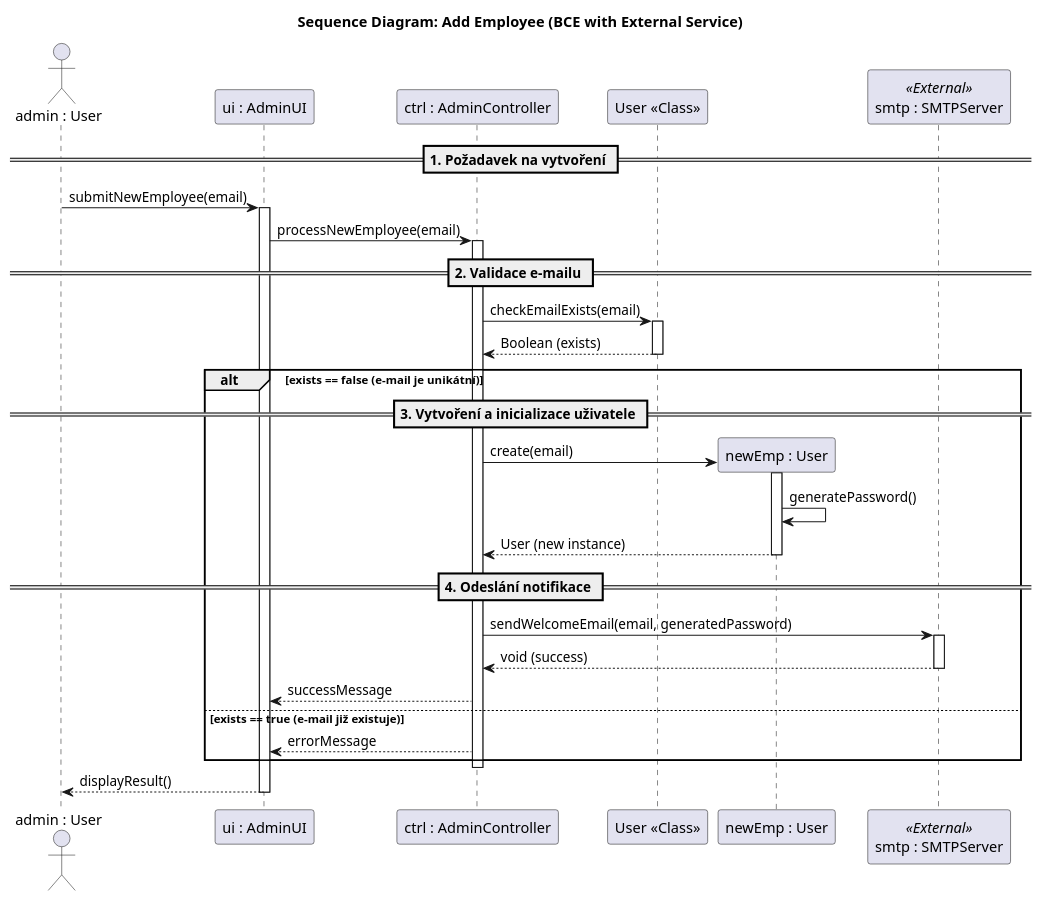
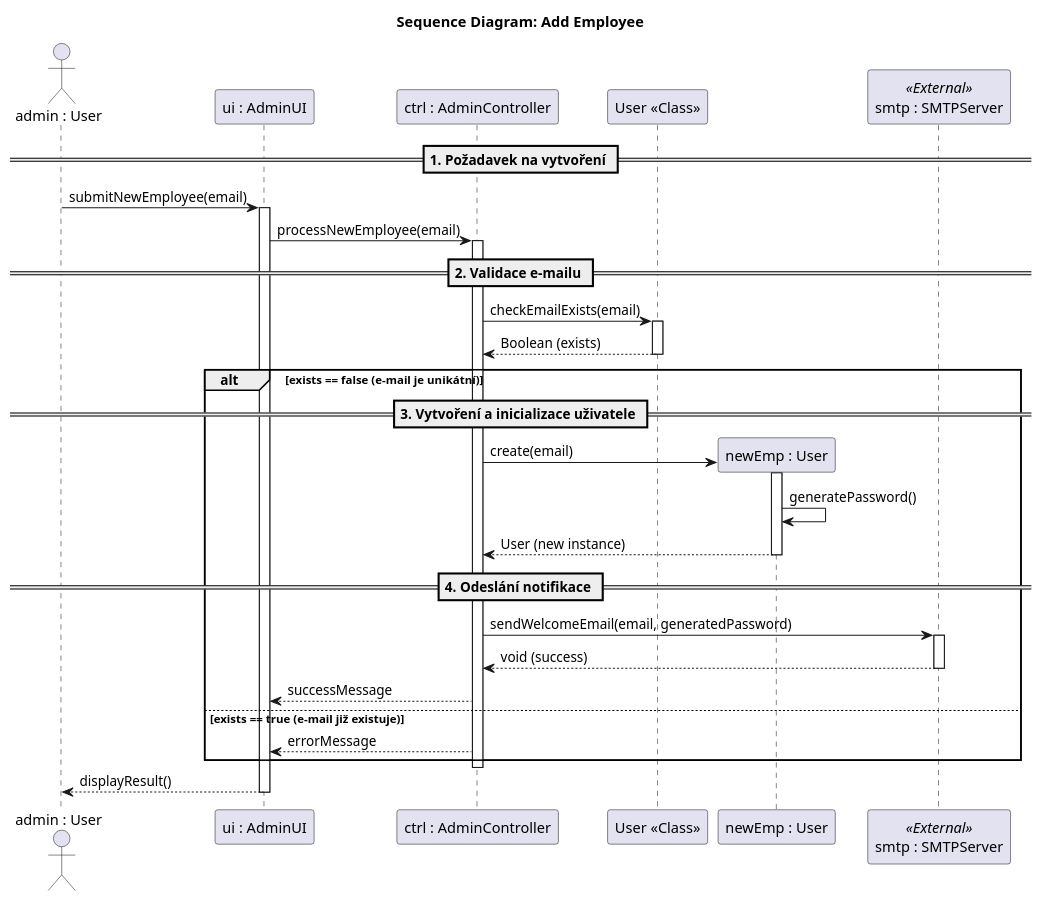
The diagram in docs/diagramy/sequence-add-user.puml (AidenCze/SWI-Project), drawn with PlantUML before and after one commit. The commit also changed 1 other file, not shown here.

Commit message:
Update sequence diagrams titles for clarity

```diff
--- a/docs/diagramy/sequence-add-user.puml
+++ b/docs/diagramy/sequence-add-user.puml
@@ -1,51 +1,51 @@
 @startuml
-title Sequence Diagram: Add Employee (BCE with External Service)
+title Sequence Diagram: Add Employee
 
 actor "admin : User" as admin
 participant "ui : AdminUI" as ui
 participant "ctrl : AdminController" as ctrl
 participant "User <<Class>>" as userClass
 participant "newEmp : User" as newEmp
 participant "smtp : SMTPServer" as smtp <<External>>
 
 == 1. Požadavek na vytvoření ==
 admin -> ui : submitNewEmployee(email)
 activate ui
 
 ui -> ctrl : processNewEmployee(email)
 activate ctrl
 
 == 2. Validace e-mailu ==
 ctrl -> userClass : checkEmailExists(email)
 activate userClass
 
 userClass --> ctrl : Boolean (exists)
 deactivate userClass
 
 alt exists == false (e-mail je unikátní)
     == 3. Vytvoření a inicializace uživatele ==
     ctrl -> newEmp ** : create(email)
     activate newEmp
     
     newEmp -> newEmp : generatePassword()
 
     
     newEmp --> ctrl : User (new instance)
     deactivate newEmp
     
     == 4. Odeslání notifikace ==
     ctrl -> smtp : sendWelcomeEmail(email, generatedPassword)
     activate smtp
 
     smtp --> ctrl : void (success)
     deactivate smtp
     
     ctrl --> ui : successMessage
 else exists == true (e-mail již existuje)
     ctrl --> ui : errorMessage
 end
 deactivate ctrl
 
 ui --> admin : displayResult()
 deactivate ui
 @enduml
```
